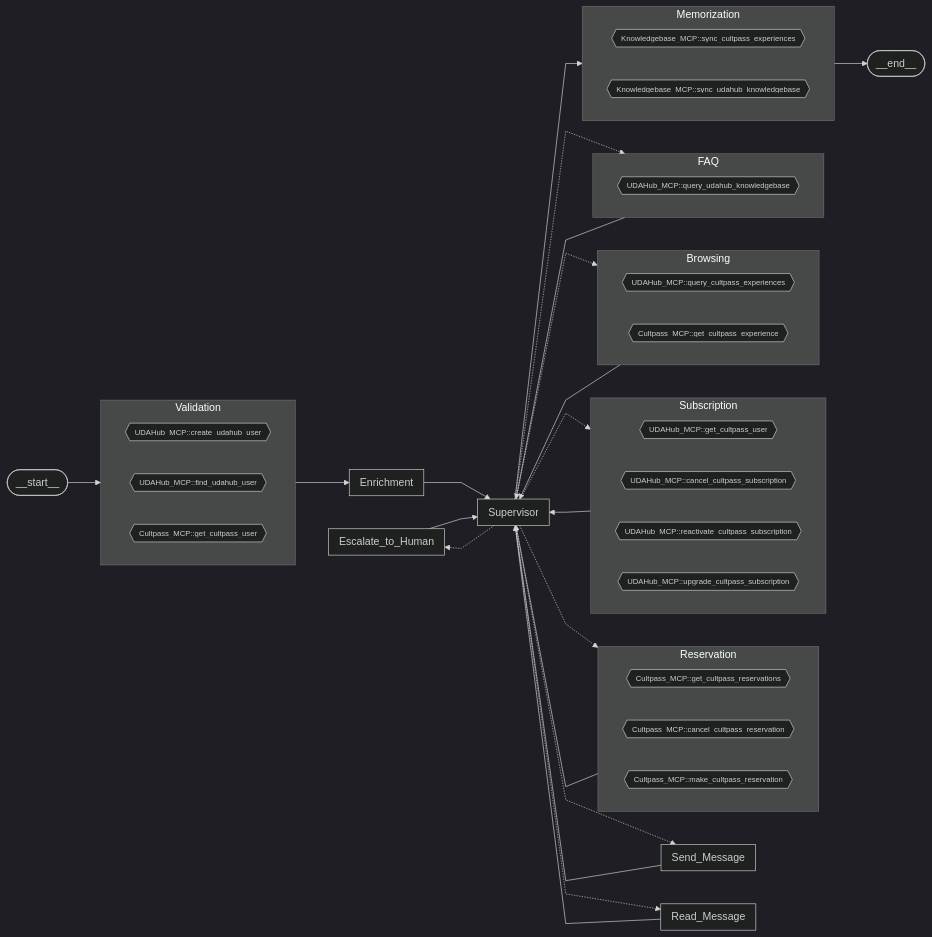
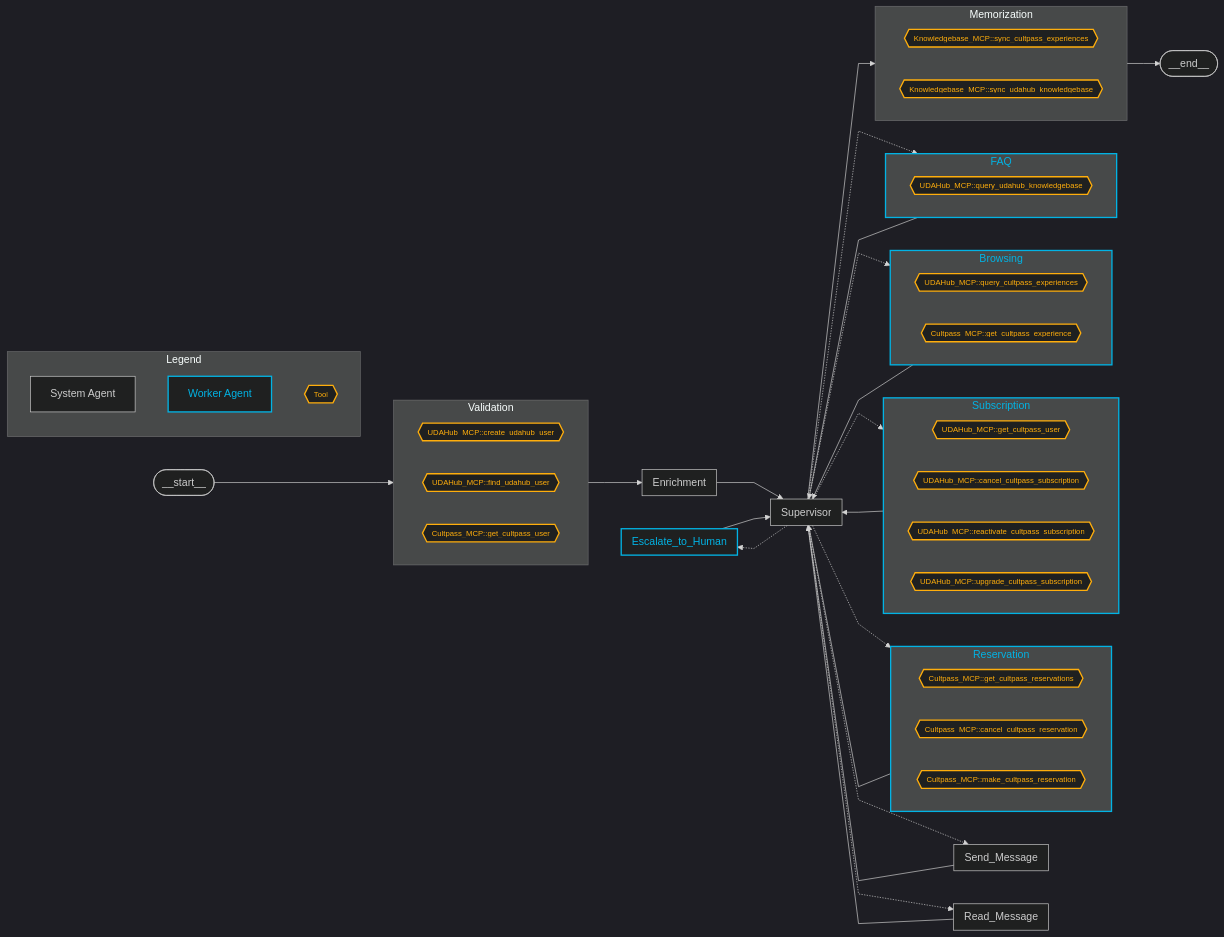
Before and after one commit to tkober/nd901-agentic-ai-with-langchain-and-langgraph-project-3: the diagram in README.md, drawn with Mermaid.

Commit message:
Add legend to agent flow diagram for better understanding

```diff
--- a/README.md
+++ b/README.md
@@ -183,6 +183,14 @@
         Memorization__sync_udahub_knowledgebase{{Knowledgebase_MCP::sync_udahub_knowledgebase}}:::tool
     end
 
+    subgraph Legend
+        direction TB
+
+        Legend__system_agent[System Agent]
+        Legend__worker_agent[Worker Agent]:::worker_agent
+        Legend__tool{{Tool}}:::tool
+    end
+
     
     __end__([<p>__end__</p>]):::last
 
@@ -214,7 +222,10 @@
     Supervisor --> Memorization;    
     Memorization --> __end__
 
-classDef tool font-size:90%,line-height:1;
+classDef tool font-size:90%,line-height:1,stroke:#ffae0c,stroke-width:2px,color:#ffae0c;
+
+classDef worker_agent stroke:#02b3e4,stroke-width:2px,color:#02b3e4;
+class Reservation,Subscription,FAQ,Browsing,Escalate_to_Human worker_agent;
 
 %%	classDef default fill:#f2f0ff,line-height:1.2
 %%	classDef first fill-opacity:0
```
